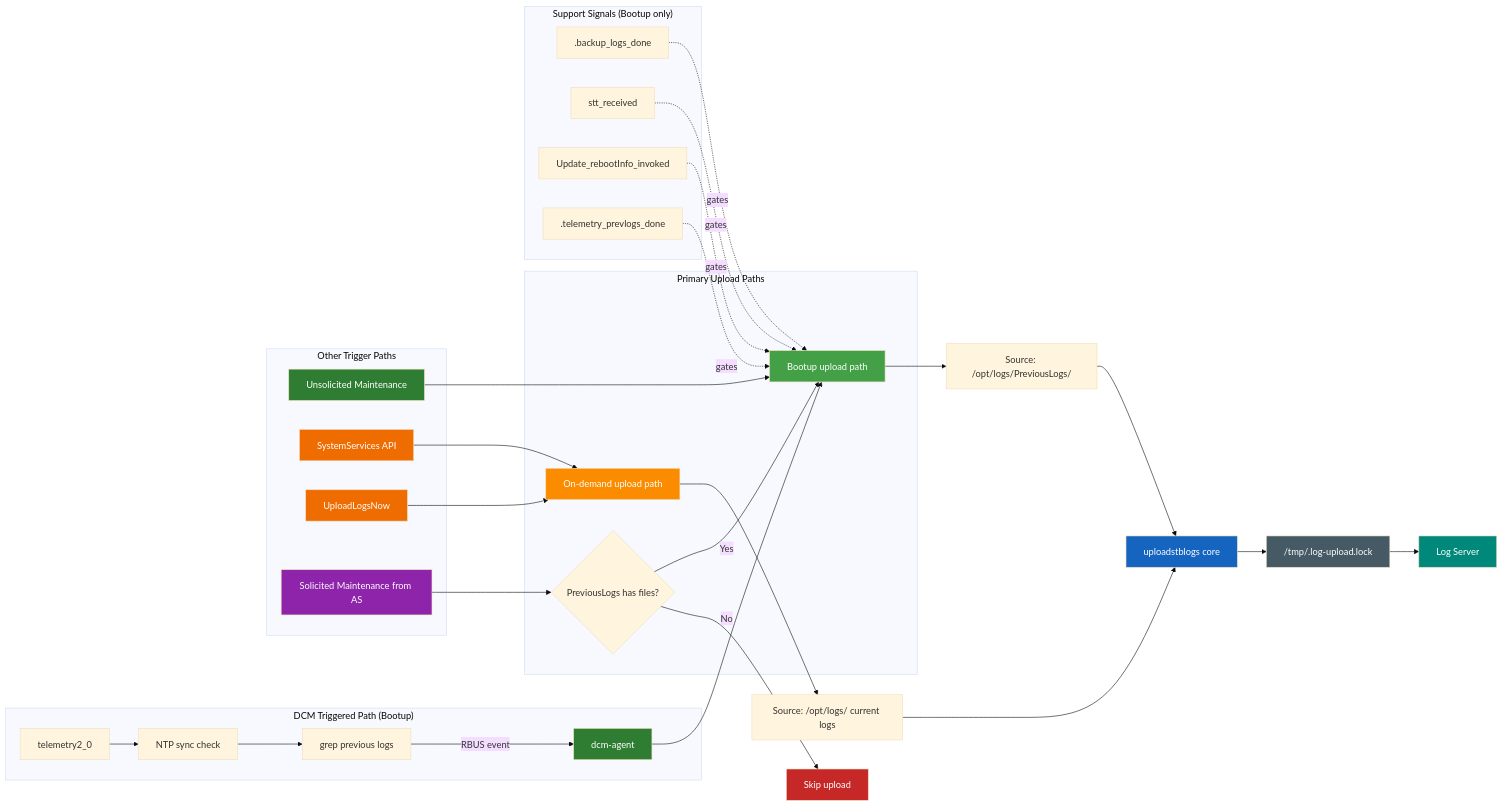
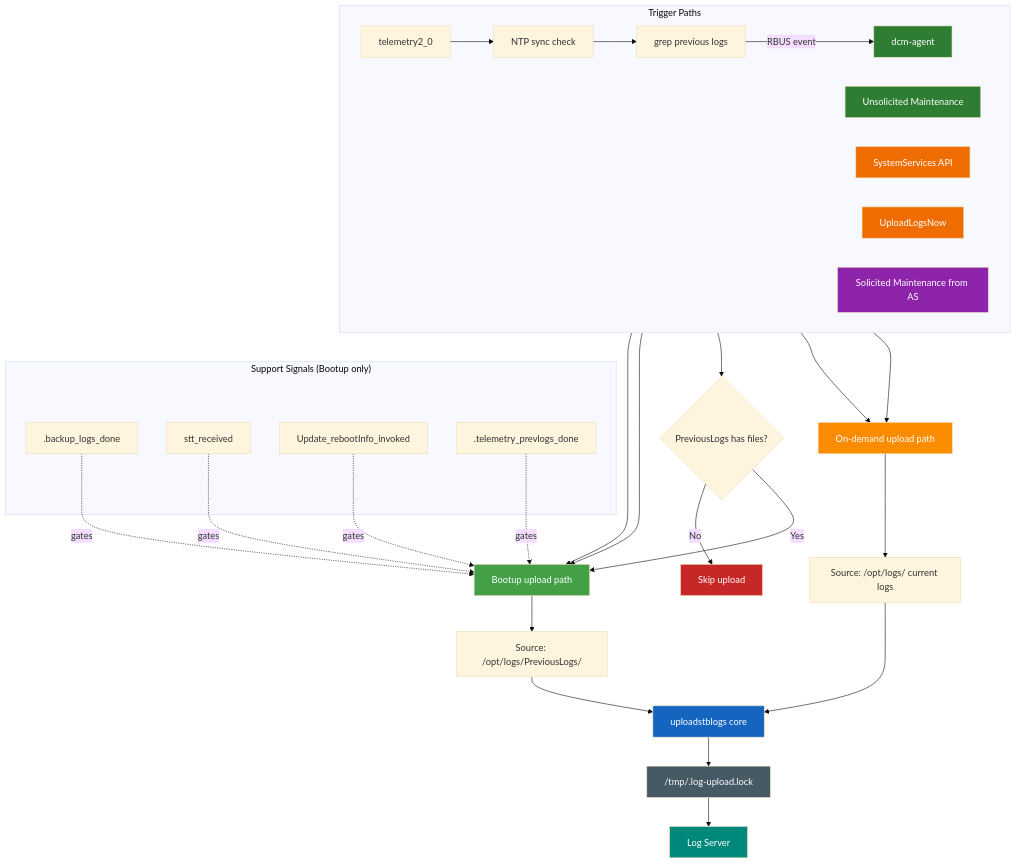
Before and after one commit to rdkcentral/dcm-agent: the first of 9 diagrams in openspec/Logupload-Synchronization/specs/slides.md, drawn with Mermaid (base theme).

````diff
--- a/openspec/Logupload-Synchronization/specs/slides.md
+++ b/openspec/Logupload-Synchronization/specs/slides.md
@@ -69,61 +69,55 @@
 ```mermaid
-graph LR
-  subgraph T["DCM Triggered Path (Bootup)"]
+graph TD
+  subgraph T["Trigger Paths"]
+    direction LR
     TEL["telemetry2_0"] --> NTP_CHK["NTP sync check"]
     NTP_CHK --> GREP["grep previous logs"]
     GREP -->|RBUS event| DCM["dcm-agent"]
-  end
-
-  subgraph C["Other Trigger Paths"]
     UMM["Unsolicited Maintenance"]
     SS["SystemServices API"]
     ULN["UploadLogsNow"]
     AS["Solicited Maintenance from AS"]
-  end
-
-  subgraph P["Primary Upload Paths"]
-    BUP["Bootup upload path"]
-    ODP["On-demand upload path"]
-    ASG{"PreviousLogs has files?"}
   end
 
   subgraph S["Support Signals (Bootup only)"]
     S1[".backup_logs_done"]
     S2["stt_received"]
     S3["Update_rebootInfo_invoked"]
     S4[".telemetry_prevlogs_done"]
   end
 
-  DCM --> BUP
+  DCM --> BUP["Bootup upload path"]
   UMM --> BUP
-  SS --> ODP
-  ULN --> ODP
-  AS --> ASG
+  AS --> ASG{"PreviousLogs has files?"}
   ASG -->|No| SKIP["Skip upload"]
   ASG -->|Yes| BUP
+
+  SS --> ODP["On-demand upload path"]
+  ULN --> ODP
 
   S1 -.gates.-> BUP
   S2 -.gates.-> BUP
   S3 -.gates.-> BUP
   S4 -.gates.-> BUP
 
   BUP --> PREV["Source: /opt/logs/PreviousLogs/"]
   ODP --> CURR["Source: /opt/logs/ current logs"]
   PREV --> CORE["uploadstblogs core"]
   CURR --> CORE
   CORE --> LOCK["/tmp/.log-upload.lock"]
   LOCK --> SERVER["Log Server"]
 
   style DCM fill:#2e7d32,color:#fff
   style UMM fill:#2e7d32,color:#fff
   style SS fill:#ef6c00,color:#fff
   style ULN fill:#ef6c00,color:#fff
   style AS fill:#8e24aa,color:#fff
   style BUP fill:#43a047,color:#fff
   style ODP fill:#fb8c00,color:#fff
   style SKIP fill:#c62828,color:#fff
   style CORE fill:#1565c0,color:#fff
   style LOCK fill:#455a64,color:#fff
   style SERVER fill:#00897b,color:#fff
 
+
 ```
````
